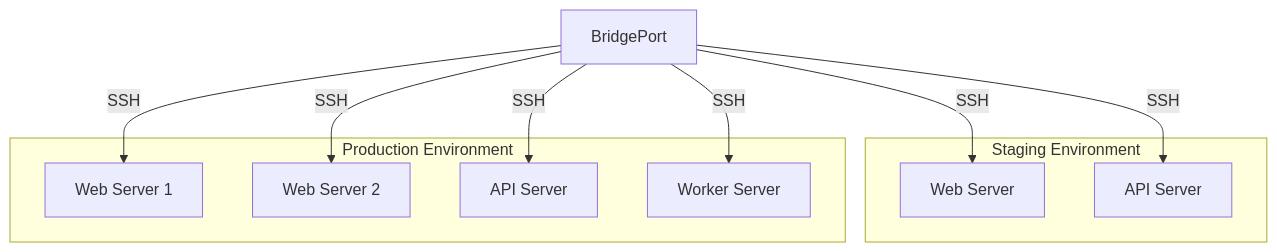
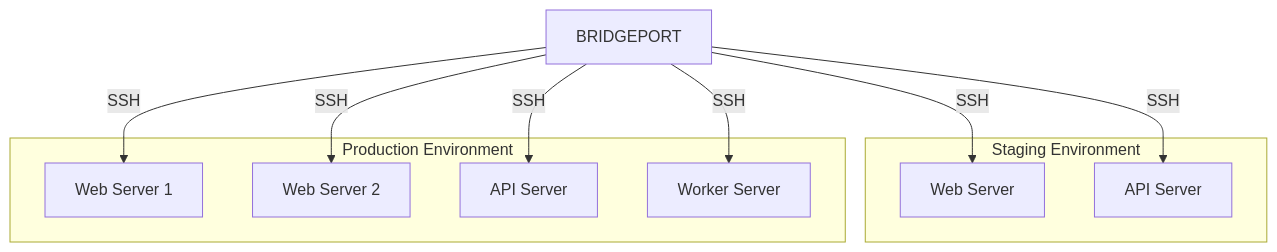
One commit to bridgeinpt/bridgeport changed the second of 3 diagrams in README.md. Above: the diagram before and after it, drawn with Mermaid. The commit also changed other lines of this file and 94 other files, not shown here.

````diff
--- a/README.md
+++ b/README.md
@@ -100,23 +100,23 @@
 ```mermaid
 flowchart TB
-    BP[BridgePort]
+    BP[BRIDGEPORT]
 
     subgraph staging[Staging Environment]
         S1[Web Server]
         S2[API Server]
     end
 
     subgraph production[Production Environment]
         P1[Web Server 1]
         P2[Web Server 2]
         P3[API Server]
         P4[Worker Server]
     end
 
     BP -->|SSH| S1
     BP -->|SSH| S2
     BP -->|SSH| P1
     BP -->|SSH| P2
     BP -->|SSH| P3
     BP -->|SSH| P4
 ```
````
